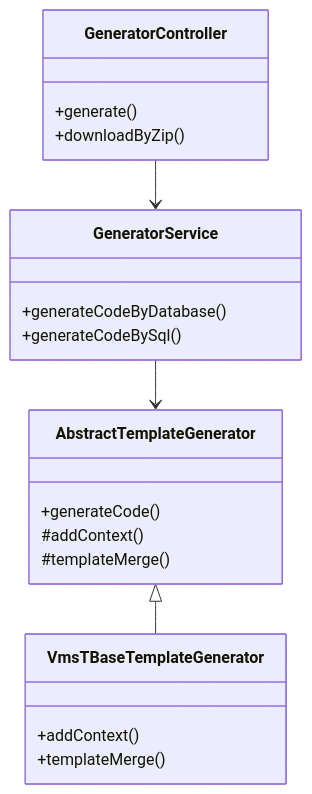
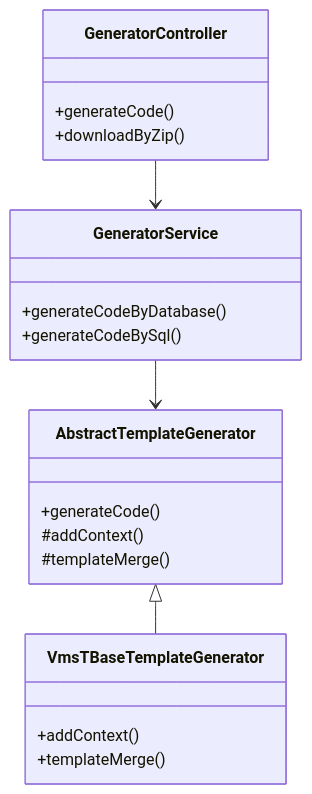
The sixth of 8 diagrams in README.md (BunnyMaster/generator-code-server), drawn with Mermaid before and after one commit. The commit also changed other lines of this file, not shown here.

````diff
--- a/README.md
+++ b/README.md
@@ -74,27 +243,27 @@
 ```mermaid
 classDiagram
     class GeneratorController {
-        +generate()
+        +generateCode()
         +downloadByZip()
     }
-
+    
     class GeneratorService {
         +generateCodeByDatabase()
         +generateCodeBySql()
     }
-
+    
     class AbstractTemplateGenerator {
         +generateCode()
         #addContext()
         #templateMerge()
     }
-
+    
     class VmsTBaseTemplateGenerator {
         +addContext()
         +templateMerge()
     }
-
+    
     GeneratorController --> GeneratorService
     GeneratorService --> AbstractTemplateGenerator
     AbstractTemplateGenerator <|-- VmsTBaseTemplateGenerator
 ```
````
